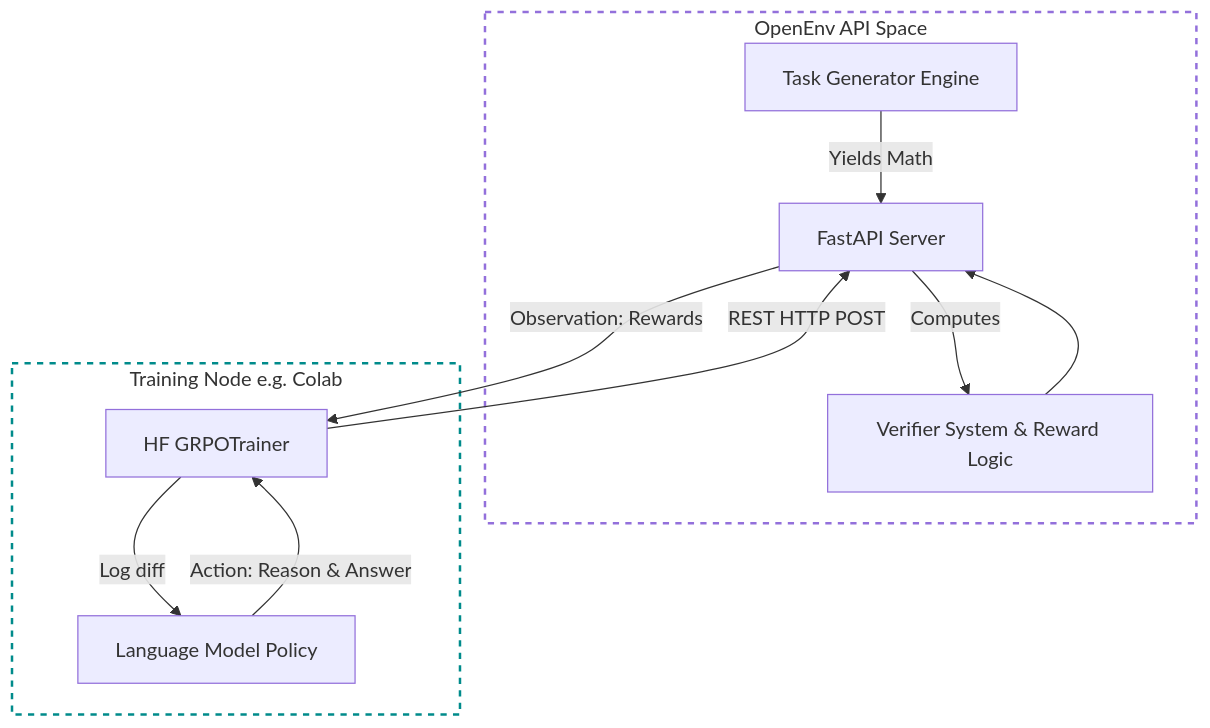
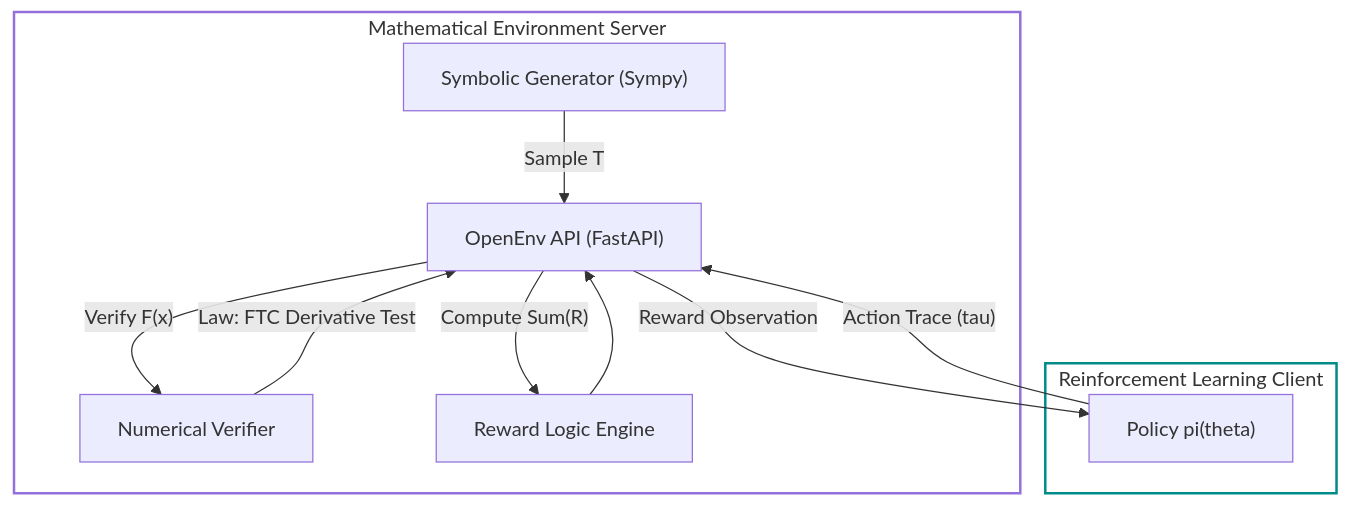
One commit to pratap-nitjsr/AutoMathReasoner changed the first of 2 diagrams in README.md. Above: the diagram before and after it, drawn with Mermaid. The commit also changed other lines of this file and 8 other files, not shown here.

````diff
--- a/README.md
+++ b/README.md
@@ -23,21 +55,21 @@
 ```mermaid
 graph TD
-    subgraph EnvAPI [OpenEnv API Space]
-        GE["Task Generator Engine"] -->|"Yields Math"| Server["FastAPI Server"]
-        Server -->|"Computes"| VR["Verifier System & Reward Logic"]
-        VR --> Server
+    subgraph EnvCore [Mathematical Environment Server]
+        GE["Symbolic Generator (Sympy)"] -->|"Sample T"| Server["OpenEnv API (FastAPI)"]
+        Server -->|"Verify F(x)"| VR["Numerical Verifier"]
+        VR -->|"Law: FTC Derivative Test"| Server
+        Server -->|"Compute Sum(R)"| RW["Reward Logic Engine"]
+        RW --> Server
     end
     
-    subgraph ClientNode [Training Node e.g. Colab]
-        MD["Language Model Policy"] -->|"Action: Reason & Answer"| HG["HF GRPOTrainer"]
-        HG -->|"REST HTTP POST"| Server
-        Server -->|"Observation: Rewards"| HG
-        HG -->|"Log diff"| MD
+    subgraph PolicyNode [Reinforcement Learning Client]
+        Policy["Policy pi(theta)"] -->|"Action Trace (tau)"| Server
+        Server -->|"Reward Observation"| Policy
     end
     
-    classDef space fill:transparent,stroke:#9370DB,stroke-width:2px,stroke-dasharray: 5 5;
-    classDef client fill:transparent,stroke:#008B8B,stroke-width:2px,stroke-dasharray: 5 5;
+    classDef space fill:transparent,stroke:#9370DB,stroke-width:2px;
+    classDef client fill:transparent,stroke:#008B8B,stroke-width:2px;
     
-    class EnvAPI space
-    class ClientNode client
+    class EnvCore space
+    class PolicyNode client
 ```
````
